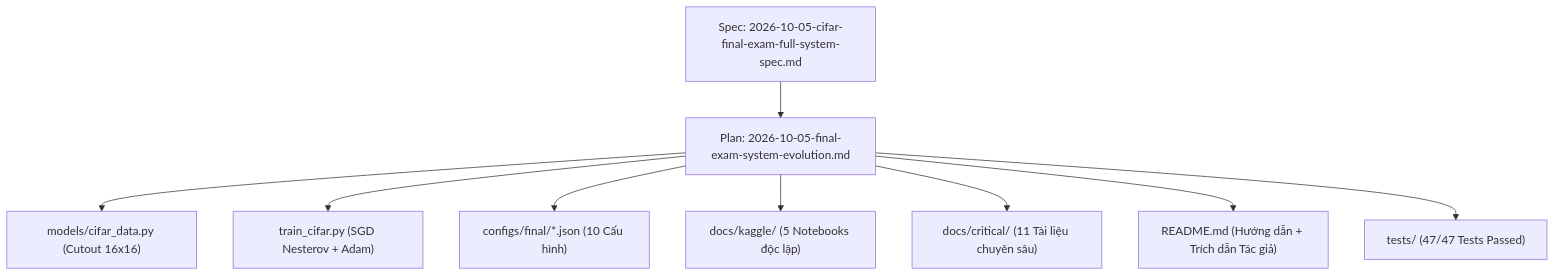
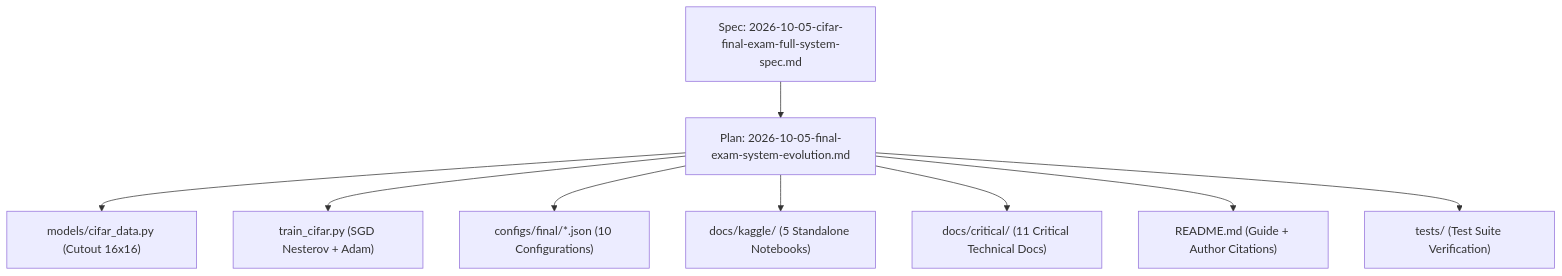
The diagram in docs/superpowers/README.md (khuonglaptri3/TickNets), drawn with Mermaid before and after one commit. The commit also changed other lines of this file and 40 other files, not shown here.

````diff
--- a/docs/superpowers/README.md
+++ b/docs/superpowers/README.md
@@ -35,11 +34,11 @@
 ```mermaid
 graph TD
     Spec["Spec: 2026-10-05-cifar-final-exam-full-system-spec.md"] --> Plan["Plan: 2026-10-05-final-exam-system-evolution.md"]
     Plan --> Data["models/cifar_data.py (Cutout 16x16)"]
     Plan --> Train["train_cifar.py (SGD Nesterov + Adam)"]
-    Plan --> Configs["configs/final/*.json (10 Cấu hình)"]
-    Plan --> Kaggle["docs/kaggle/ (5 Notebooks độc lập)"]
-    Plan --> Critical["docs/critical/ (11 Tài liệu chuyên sâu)"]
-    Plan --> Readme["README.md (Hướng dẫn + Trích dẫn Tác giả)"]
-    Plan --> Tests["tests/ (47/47 Tests Passed)"]
+    Plan --> Configs["configs/final/*.json (10 Configurations)"]
+    Plan --> Kaggle["docs/kaggle/ (5 Standalone Notebooks)"]
+    Plan --> Critical["docs/critical/ (11 Critical Technical Docs)"]
+    Plan --> Readme["README.md (Guide + Author Citations)"]
+    Plan --> Tests["tests/ (Test Suite Verification)"]
 ```
````
